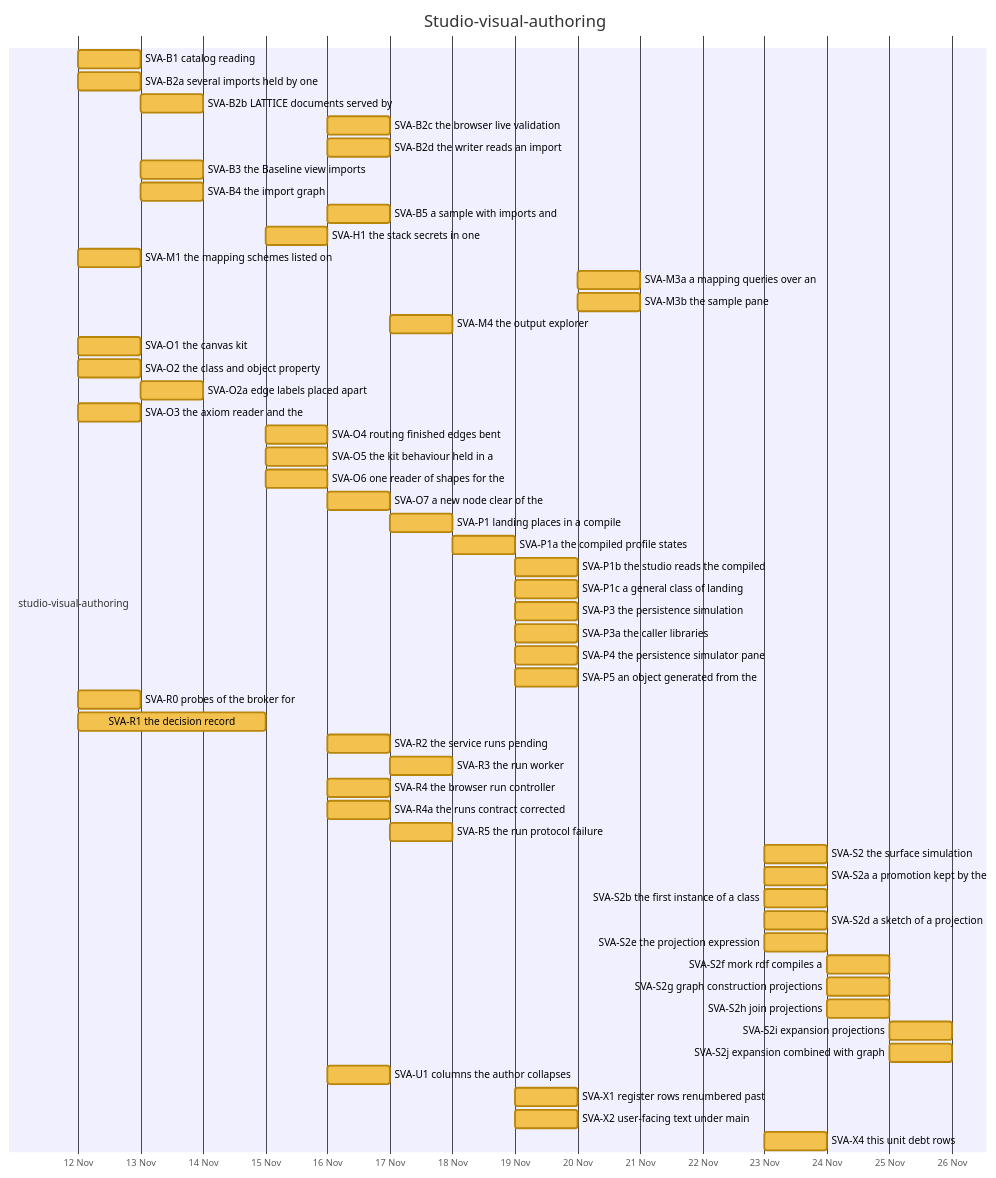
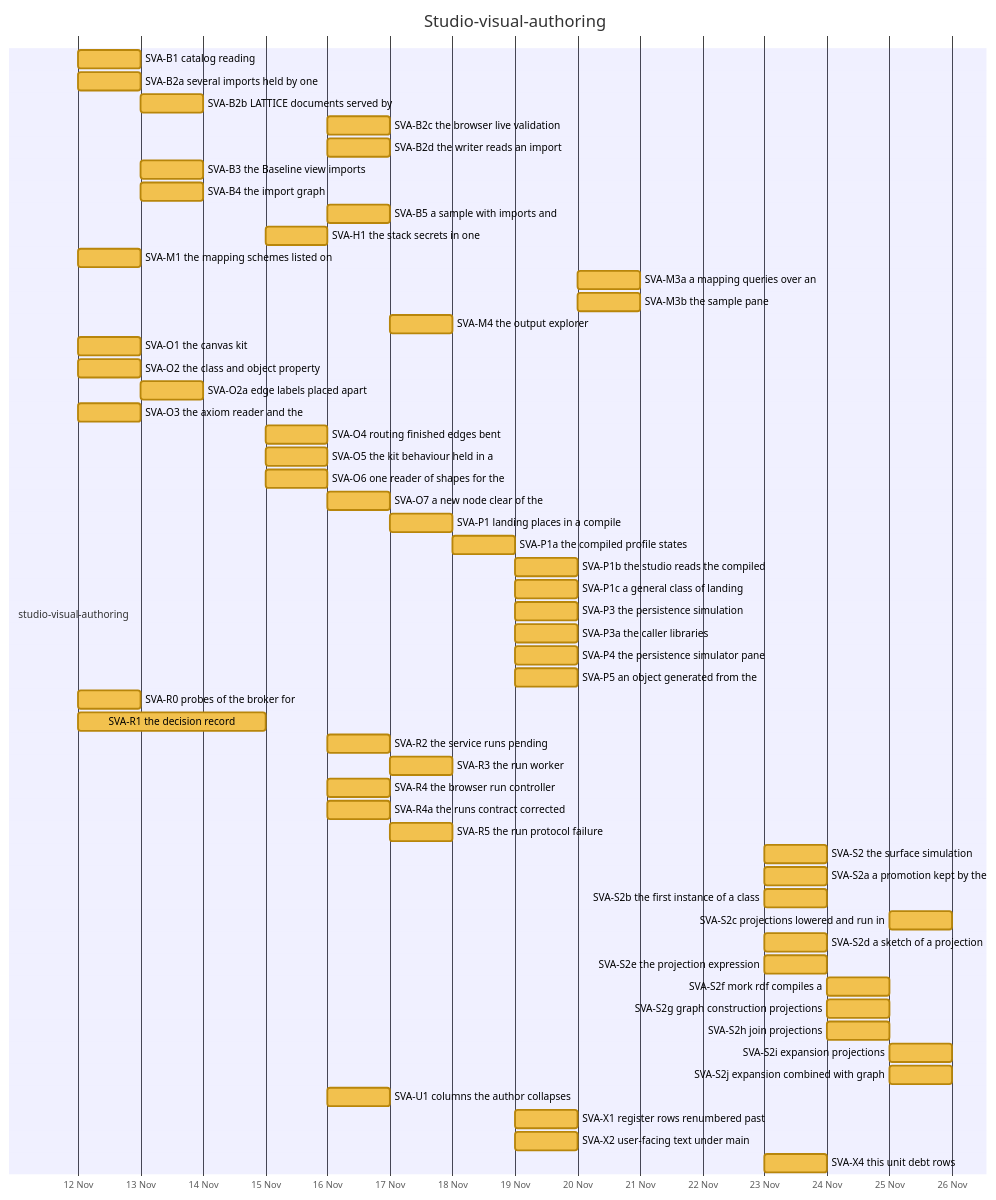
One commit to nebularis/lattice changed diagram 16 of 32 in docs/developer/ROADMAP.md. Above: the diagram before and after it, drawn with Mermaid. The commit also changed other lines of this file and 44 other files, not shown here.

First line of the commit message:
[studio-visual-authoring] SVA-S2c, projections lowered, compiled and run in a surface step, with SVA-S2j's choice 6

````diff
--- a/docs/developer/ROADMAP.md
+++ b/docs/developer/ROADMAP.md
@@ -482,58 +484,59 @@
 ```mermaid
 %%{init: {"themeVariables": {"taskBkgColor": "#f2c14e", "taskBorderColor": "#b8860b", "taskTextColor": "#000000", "activeTaskBkgColor": "#4e9af1", "activeTaskBorderColor": "#1f5fbf", "activeTaskBorderColor": "#1f5fbf", "doneTaskBkgColor": "#8fcf8f", "doneTaskBorderColor": "#2f7d32", "critBkgColor": "#f28b82", "critBorderColor": "#b23a30", "taskTextDarkColor": "#000000", "taskTextLightColor": "#000000"}}}%%
 gantt
     title Studio-visual-authoring
     dateFormat YYYY-MM-DD
     axisFormat %d %b
     section studio-visual-authoring
     SVA-B1 catalog reading :svab1, 2026-11-12, 2026-11-13
     SVA-B2a several imports held by one :svab2a, 2026-11-12, 2026-11-13
     SVA-B2b LATTICE documents served by :svab2b, 2026-11-13, 2026-11-14
     SVA-B2c the browser live validation :svab2c, 2026-11-16, 2026-11-17
     SVA-B2d the writer reads an import :svab2d, 2026-11-16, 2026-11-17
     SVA-B3 the Baseline view imports :svab3, 2026-11-13, 2026-11-14
     SVA-B4 the import graph :svab4, 2026-11-13, 2026-11-14
     SVA-B5 a sample with imports and :svab5, 2026-11-16, 2026-11-17
     SVA-H1 the stack secrets in one :svah1, 2026-11-15, 2026-11-16
     SVA-M1 the mapping schemes listed on :svam1, 2026-11-12, 2026-11-13
     SVA-M3a a mapping queries over an :svam3a, 2026-11-20, 2026-11-21
     SVA-M3b the sample pane :svam3b, 2026-11-20, 2026-11-21
     SVA-M4 the output explorer :svam4, 2026-11-17, 2026-11-18
     SVA-O1 the canvas kit :svao1, 2026-11-12, 2026-11-13
     SVA-O2 the class and object property :svao2, 2026-11-12, 2026-11-13
     SVA-O2a edge labels placed apart :svao2a, 2026-11-13, 2026-11-14
     SVA-O3 the axiom reader and the :svao3, 2026-11-12, 2026-11-13
     SVA-O4 routing finished edges bent :svao4, 2026-11-15, 2026-11-16
     SVA-O5 the kit behaviour held in a :svao5, 2026-11-15, 2026-11-16
     SVA-O6 one reader of shapes for the :svao6, 2026-11-15, 2026-11-16
     SVA-O7 a new node clear of the :svao7, 2026-11-16, 2026-11-17
     SVA-P1 landing places in a compile :svap1, 2026-11-17, 2026-11-18
     SVA-P1a the compiled profile states :svap1a, 2026-11-18, 2026-11-19
     SVA-P1b the studio reads the compiled :svap1b, 2026-11-19, 2026-11-20
     SVA-P1c a general class of landing :svap1c, 2026-11-19, 2026-11-20
     SVA-P3 the persistence simulation :svap3, 2026-11-19, 2026-11-20
     SVA-P3a the caller libraries :svap3a, 2026-11-19, 2026-11-20
     SVA-P4 the persistence simulator pane :svap4, 2026-11-19, 2026-11-20
     SVA-P5 an object generated from the :svap5, 2026-11-19, 2026-11-20
     SVA-R0 probes of the broker for :svar0, 2026-11-12, 2026-11-13
     SVA-R1 the decision record :svar1, 2026-11-12, 2026-11-15
     SVA-R2 the service runs pending :svar2, 2026-11-16, 2026-11-17
     SVA-R3 the run worker :svar3, 2026-11-17, 2026-11-18
     SVA-R4 the browser run controller :svar4, 2026-11-16, 2026-11-17
     SVA-R4a the runs contract corrected :svar4a, 2026-11-16, 2026-11-17
     SVA-R5 the run protocol failure :svar5, 2026-11-17, 2026-11-18
     SVA-S2 the surface simulation :svas2, 2026-11-23, 2026-11-24
     SVA-S2a a promotion kept by the :svas2a, 2026-11-23, 2026-11-24
     SVA-S2b the first instance of a class :svas2b, 2026-11-23, 2026-11-24
+    SVA-S2c projections lowered and run in :svas2c, 2026-11-25, 2026-11-26
     SVA-S2d a sketch of a projection :svas2d, 2026-11-23, 2026-11-24
     SVA-S2e the projection expression :svas2e, 2026-11-23, 2026-11-24
     SVA-S2f mork rdf compiles a :svas2f, 2026-11-24, 2026-11-25
     SVA-S2g graph construction projections :svas2g, 2026-11-24, 2026-11-25
     SVA-S2h join projections :svas2h, 2026-11-24, 2026-11-25
     SVA-S2i expansion projections :svas2i, 2026-11-25, 2026-11-26
     SVA-S2j expansion combined with graph :svas2j, 2026-11-25, 2026-11-26
     SVA-U1 columns the author collapses :svau1, 2026-11-16, 2026-11-17
     SVA-X1 register rows renumbered past :svax1, 2026-11-19, 2026-11-20
     SVA-X2 user-facing text under main :svax2, 2026-11-19, 2026-11-20
     SVA-X4 this unit debt rows :svax4, 2026-11-23, 2026-11-24
 ```
````
